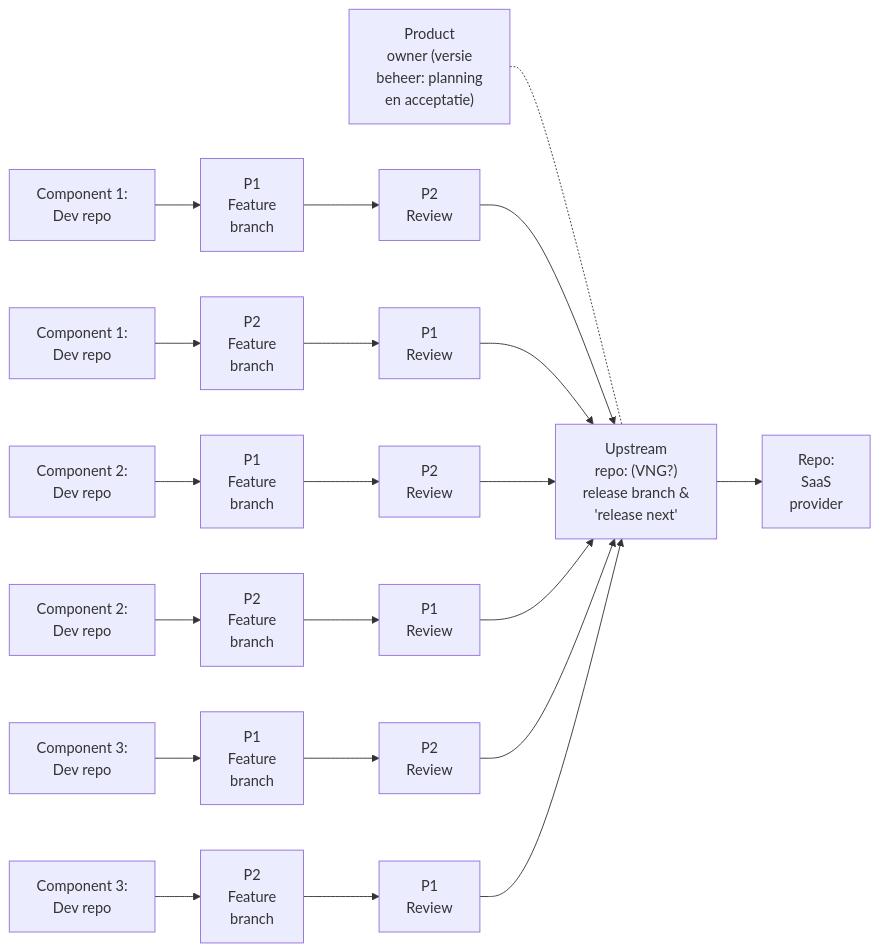
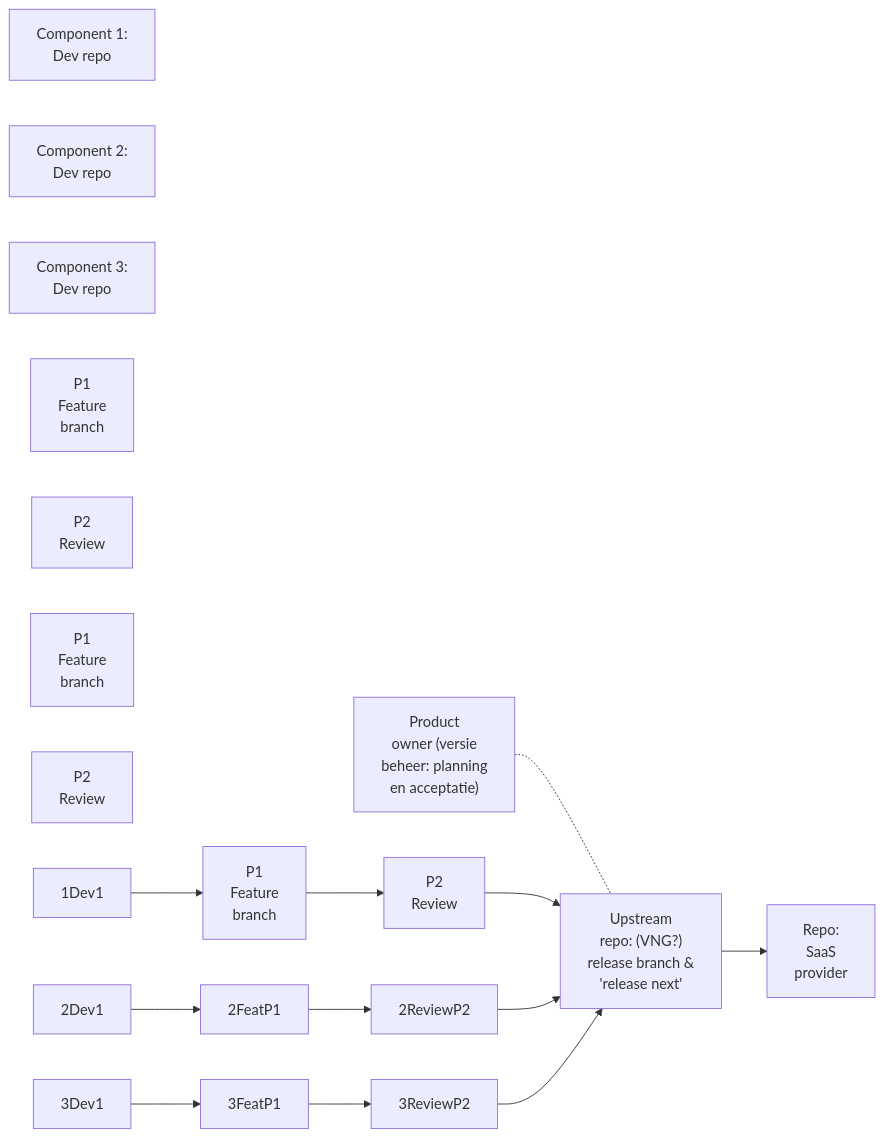
Before and after one commit to open-zaak/samenwerken: the third of 3 diagrams in docs/verslag-ecosysteem-en-rollen.md, drawn with Mermaid.

````diff
--- a/docs/verslag-ecosysteem-en-rollen.md
+++ b/docs/verslag-ecosysteem-en-rollen.md
@@ -169,69 +169,51 @@
 ```mermaid
 graph LR
     %% Nodes
     
     %% Left Side: Components
-    1Dev1["Component 1:<br/>Dev repo"]
-    1Dev2["Component 1:<br/>Dev repo"]
+    Dev1["Component 1:<br/>Dev repo"]
 
-    2Dev1["Component 2:<br/>Dev repo"]
-    2Dev2["Component 2:<br/>Dev repo"]
+    Dev2["Component 2:<br/>Dev repo"]
 
-    3Dev1["Component 3:<br/>Dev repo"]
-    3Dev2["Component 3:<br/>Dev repo"]
+    Dev3["Component 3:<br/>Dev repo"]
 
     %% Reviews
     1FeatP1["P1<br/>Feature<br/>branch"]
     1ReviewP2["P2<br/>Review"]
-    1FeatP2["P2<br/>Feature<br/>branch"]
-    1ReviewP1["P1<br/>Review"]
 
-    2FeatP1["P1<br/>Feature<br/>branch"]
-    2ReviewP2["P2<br/>Review"]
-    2FeatP2["P2<br/>Feature<br/>branch"]
-    2ReviewP1["P1<br/>Review"]
+    2FeatP2["P1<br/>Feature<br/>branch"]
+    2ReviewP3["P2<br/>Review"]
 
-    3FeatP1["P1<br/>Feature<br/>branch"]
-    3ReviewP2["P2<br/>Review"]
-    3FeatP2["P2<br/>Feature<br/>branch"]
-    3ReviewP1["P1<br/>Review"]
+    3FeatP3["P1<br/>Feature<br/>branch"]
+    3ReviewP1["P2<br/>Review"]
 
     %% Center: Upstream & Management
     Upstream["Upstream<br/>repo: (VNG?)<br/>release branch &<br/>'release next'"]
     PO["Product<br/>owner (versie<br/>beheer: planning<br/>en acceptatie)"]
 
     %% Right Side: SaaS
     SaaS["Repo:<br/>SaaS<br/>provider"]
 
     %% Connections
     
     %% PO Logic (dotted line for oversight)
     PO -.- Upstream
 
     %% Component 1
     1Dev1 --> 1FeatP1
     1FeatP1 --> 1ReviewP2
     1ReviewP2 --> Upstream
-    1Dev2 --> 1FeatP2
-    1FeatP2 --> 1ReviewP1
-    1ReviewP1 --> Upstream
 
     %% Component 2
     2Dev1 --> 2FeatP1
     2FeatP1 --> 2ReviewP2
     2ReviewP2 --> Upstream
-    2Dev2 --> 2FeatP2
-    2FeatP2 --> 2ReviewP1
-    2ReviewP1 --> Upstream
 
     %% Component 3
     3Dev1 --> 3FeatP1
     3FeatP1 --> 3ReviewP2
     3ReviewP2 --> Upstream
-    3Dev2 --> 3FeatP2
-    3FeatP2 --> 3ReviewP1
-    3ReviewP1 --> Upstream
 
     %% Downstream / Release
     Upstream --> SaaS
 ```
````
